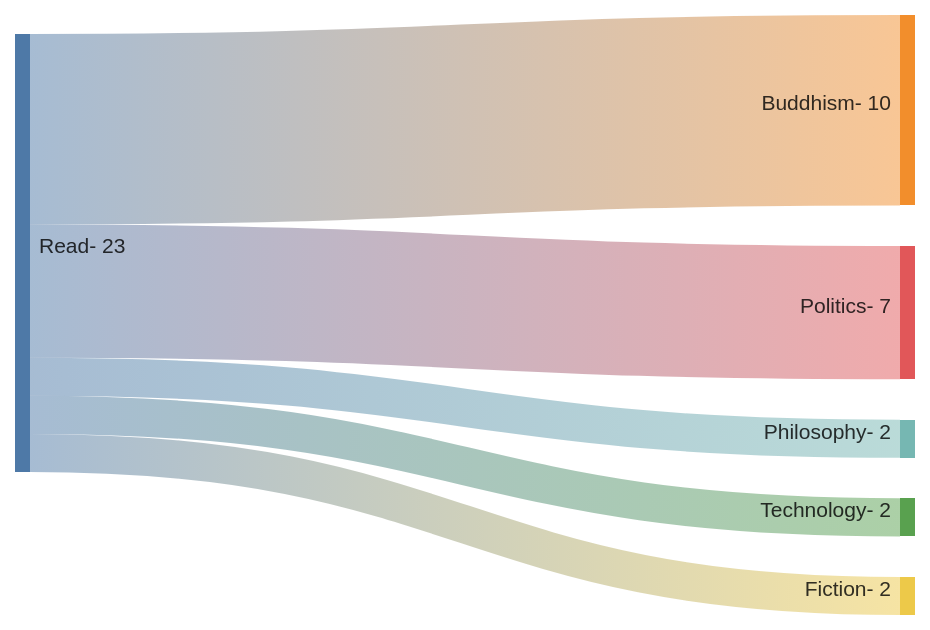
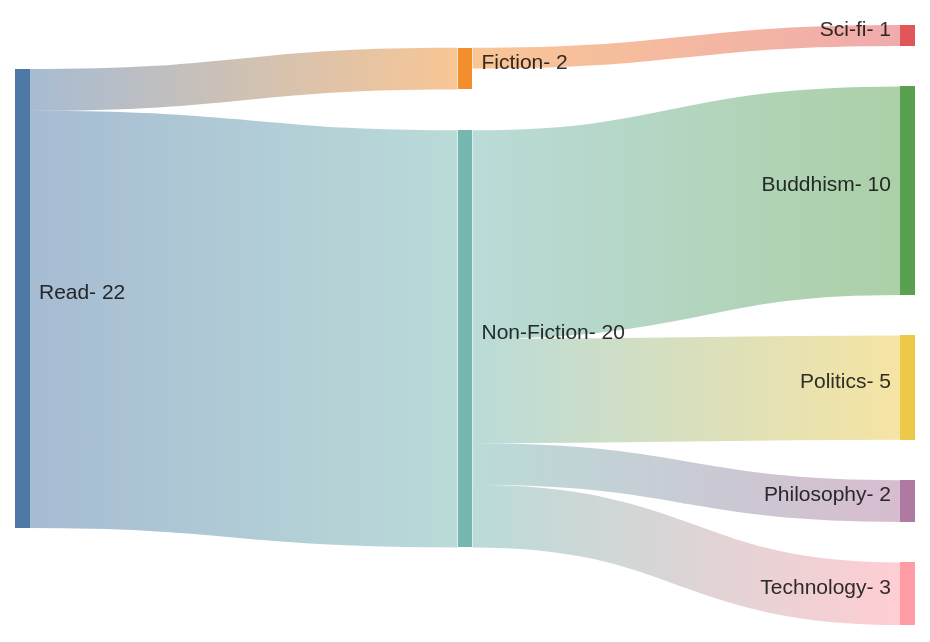
Before and after one commit to bippyboppy/bippyboppy.github.io: the diagram in docs/reading/reading2024.md, drawn with Mermaid. The commit also changed other lines of this file and 11 other files, not shown here.

````diff
--- a/docs/reading/reading2024.md
+++ b/docs/reading/reading2024.md
@@ -4,8 +4,13 @@
 ```mermaid
 sankey-beta
-Read-,Buddhism-,10
-Read-,Politics-,7
-Read-,Philosophy-,2
-Read-,Technology-,2
 Read-,Fiction-,2
+Fiction-,Sci-fi-,1
+
+Read-,Non-Fiction-,20
+Non-Fiction-,Buddhism-,10
+Non-Fiction-,Politics-,5
+Non-Fiction-,Philosophy-,2
+Non-Fiction-,Technology-,3
+
+
 ```
````
